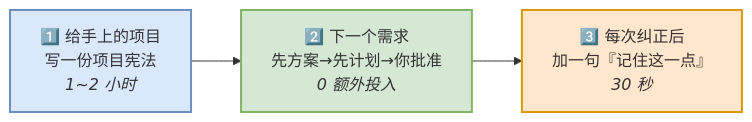
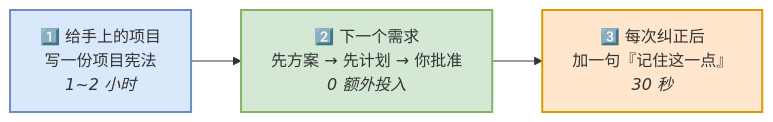
Diagram 32 of 32 in 全员认知培训/AI辅助编程·全员认知培训（30-40分钟）.md (Woaini654321/efficiency-improvement), drawn with Mermaid before and after one commit. The commit also changed other lines of this file and 1 other file, not shown here.

````diff
--- a/全员认知培训/AI辅助编程·全员认知培训（30-40分钟）.md
+++ b/全员认知培训/AI辅助编程·全员认知培训（30-40分钟）.md
@@ -658,7 +662,7 @@
 ```mermaid
 flowchart LR
-    D1["1️⃣ 给手上的项目<br/>写一份项目宪法<br/><i>1~2 小时</i>"] --> D2["2️⃣ 下一个需求<br/>先方案→先计划→你批准<br/><i>0 额外投入</i>"] --> D3["3️⃣ 每次纠正后<br/>加一句『记住这一点』<br/><i>30 秒</i>"]
+    D1["1️⃣ 给手上的项目<br/>写一份项目宪法<br/><i>1~2 小时</i>"] --> D2["2️⃣ 下一个需求<br/>先方案 → 先计划 → 你批准<br/><i>0 额外投入</i>"] --> D3["3️⃣ 每次纠正后<br/>加一句『记住这一点』<br/><i>30 秒</i>"]
     style D1 fill:#dae8fc,stroke:#6c8ebf,stroke-width:2px
     style D2 fill:#d5e8d4,stroke:#82b366,stroke-width:2px
     style D3 fill:#ffe6cc,stroke:#d79b00,stroke-width:2px
 ```
````
